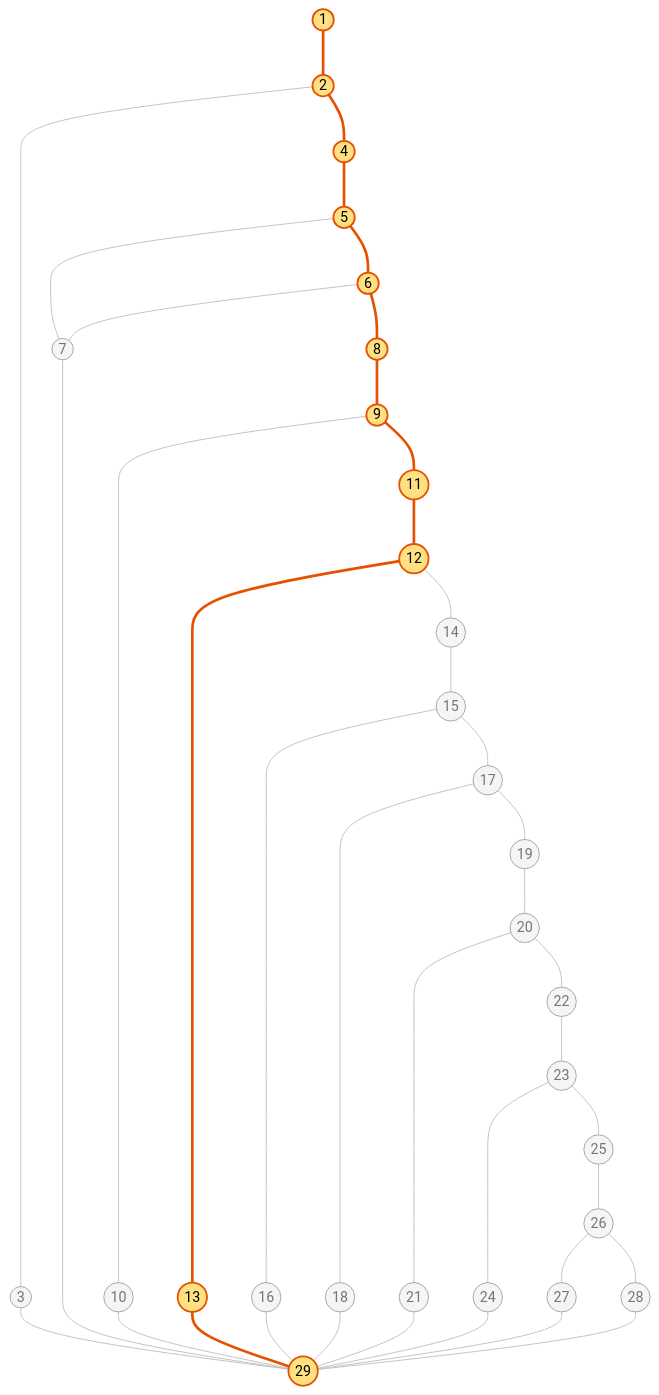
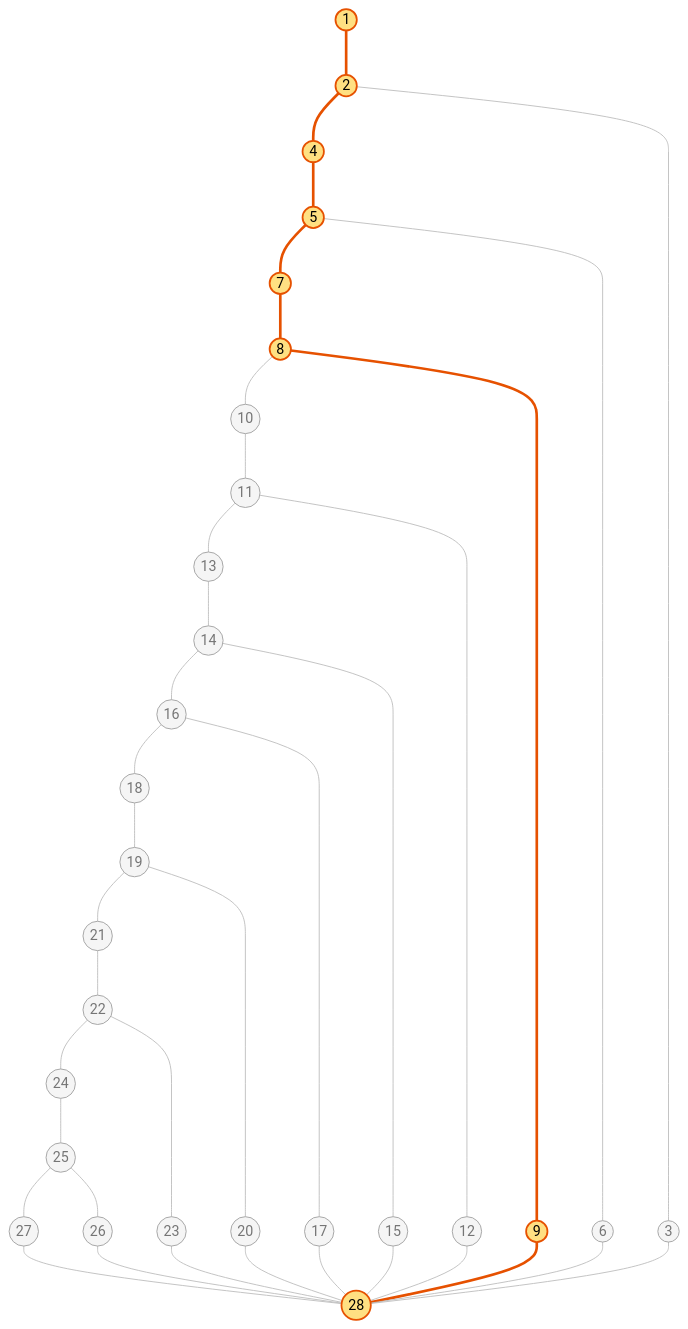
Before and after one commit to bloedige/itdb_ctf: the fifth of 11 diagrams in tests/docs/caja_blanca_01_enviar_flag.md, drawn with Mermaid. The commit also changed other lines of this file and 47 other files, not shown here.

````diff
--- a/tests/docs/caja_blanca_01_enviar_flag.md
+++ b/tests/docs/caja_blanca_01_enviar_flag.md
@@ -299,46 +316,44 @@
 ```mermaid
 graph TD
     n1((1)) --- n2((2))
-    n2 --- n3((3))
-    n3 --- n29((29))
     n2 --- n4((4))
     n4 --- n5((5))
     n5 --- n7((7))
-    n7 --- n29
+    n7 --- n8((8))
+    n8 --- n10((10))
+    n10 --- n11((11))
+    n11 --- n13((13))
+    n13 --- n14((14))
+    n14 --- n16((16))
+    n16 --- n18((18))
+    n18 --- n19((19))
+    n19 --- n21((21))
+    n21 --- n22((22))
+    n22 --- n24((24))
+    n24 --- n25((25))
+    n25 --- n27((27))
+    n27 --- n28((28))
+    n25 --- n26((26))
+    n26 --- n28
+    n22 --- n23((23))
+    n23 --- n28
+    n19 --- n20((20))
+    n20 --- n28
+    n16 --- n17((17))
+    n17 --- n28
+    n14 --- n15((15))
+    n15 --- n28
+    n11 --- n12((12))
+    n12 --- n28
+    n8 --- n9((9))
+    n9 --- n28
     n5 --- n6((6))
-    n6 --- n7
-    n6 --- n8((8))
-    n8 --- n9((9))
-    n9 --- n10((10))
-    n10 --- n29
-    n9 --- n11((11))
-    n11 --- n12((12))
-    n12 --- n13((13))
-    n13 --- n29
-    n12 --- n14((14))
-    n14 --- n15((15))
-    n15 --- n16((16))
-    n16 --- n29
-    n15 --- n17((17))
-    n17 --- n18((18))
-    n18 --- n29
-    n17 --- n19((19))
-    n19 --- n20((20))
-    n20 --- n21((21))
-    n21 --- n29
-    n20 --- n22((22))
-    n22 --- n23((23))
-    n23 --- n24((24))
-    n24 --- n29
-    n23 --- n25((25))
-    n25 --- n26((26))
-    n26 --- n27((27))
-    n27 --- n29
-    n26 --- n28((28))
-    n28 --- n29
+    n6 --- n28
+    n2 --- n3((3))
+    n3 --- n28
     classDef default fill:#f5f5f5,stroke:#9e9e9e,color:#757575
     classDef camino fill:#ffe082,stroke:#e65100,stroke-width:2px,color:#000
-    class n1,n2,n4,n5,n6,n8,n9,n11,n12,n13,n29 camino
+    class n1,n2,n4,n5,n7,n8,n9,n28 camino
     linkStyle default stroke:#bdbdbd,stroke-width:1px
-    linkStyle 0,3,4,7,9,10,13,14,15,16 stroke:#e65100,stroke-width:3px
+    linkStyle 0,1,2,3,4,30,31 stroke:#e65100,stroke-width:3px
 ```
````
